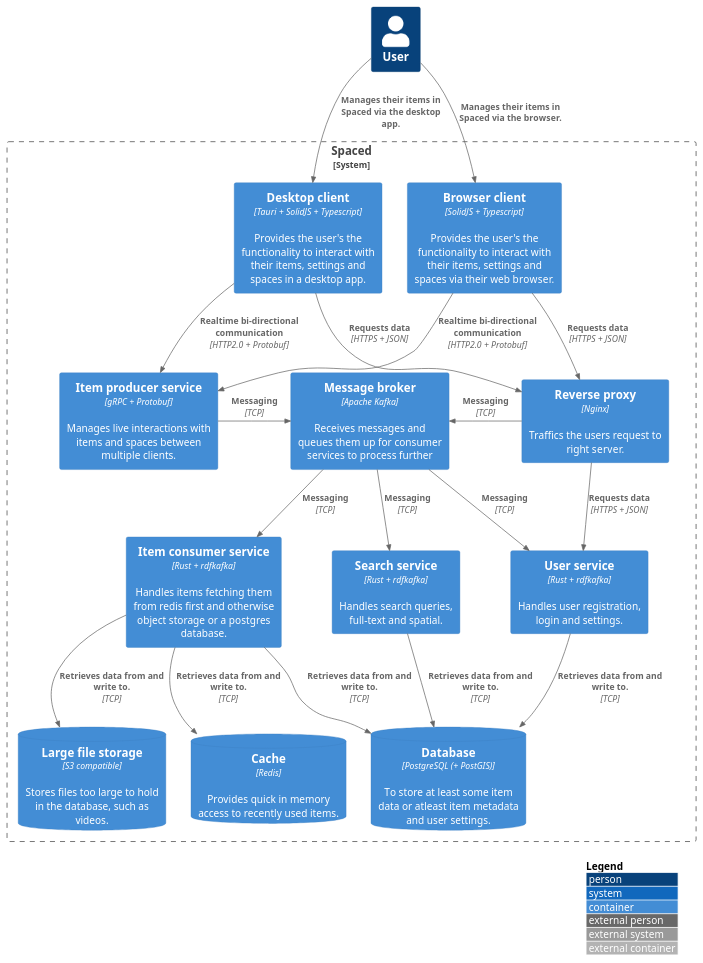
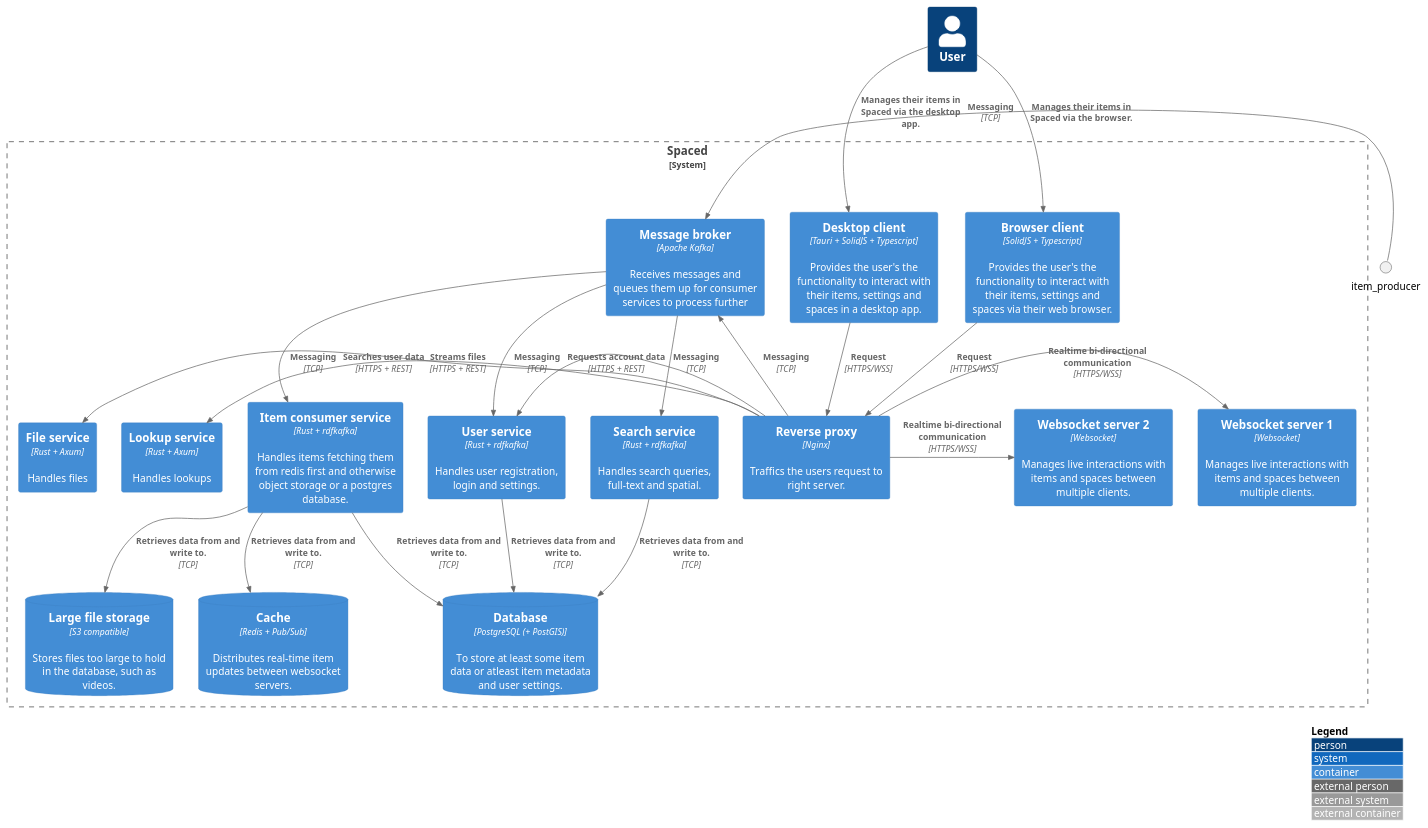
One commit to FHICT-S-Koen/Spaced changed the diagram in diagrams/C3-architecture.plantuml. Above: the diagram before and after it, drawn with PlantUML. The commit also changed 20 other files, not shown here.

```diff
--- a/diagrams/C3-architecture.plantuml
+++ b/diagrams/C3-architecture.plantuml
@@ -1,58 +1,72 @@
 @startuml C4_Elements
 !include https://raw.githubusercontent.com/plantuml-stdlib/C4-PlantUML/master/C4_Container.puml
 
 LAYOUT_WITH_LEGEND()
 
 Person(user, "User")
 
 System_Boundary(boundry, "Spaced"){
+  ' CLIENTS
+  Container(desktop_client, "Desktop client", "Tauri + SolidJS + Typescript", "Provides the user's the functionality to interact with their items, settings and spaces in a desktop app.")
+  Container(browser_client, "Browser client", "SolidJS + Typescript", "Provides the user's the functionality to interact with their items, settings and spaces via their web browser.")
 
-  Container(desktop_client, Desktop client, "Tauri + SolidJS + Typescript", "Provides the user's the functionality to interact with their items, settings and spaces in a desktop app.")
+  ' REVERSE PROXY
+  Container(reverse_proxy, "Reverse proxy", "Nginx", "Traffics the users request to right server.")
 
-  Container(browser_client, Browser client, "SolidJS + Typescript", "Provides the user's the functionality to interact with their items, settings and spaces via their web browser.")
+  ' WEBSOCKET SERVERS
+  Container(websocket_server_1, "Websocket server 1", "Websocket", "Manages live interactions with items and spaces between multiple clients.")
+  Container(websocket_server_2, "Websocket server 2", "Websocket", "Manages live interactions with items and spaces between multiple clients.")
+  ' REDIS
+  ContainerDb(cache, Cache, "Redis + Pub/Sub", "Distributes real-time item updates between websocket servers.")
 
-  Container(item_producer, Item producer service, "gRPC + Protobuf", "Manages live interactions with items and spaces between multiple clients.")
+  ' SERVICES
+  Container(file_service, "File service", "Rust + Axum", "Handles files")
+  Container(lookup_service, "Lookup service", "Rust + Axum", "Handles lookups")
+  Container(user_service, "User service", "Rust + Axum + Kafka client", "Handles user data")
 
-  Container(reverse_proxy, Reverse proxy, "Nginx", "Traffics the users request to right server.")
 
-  Container(message_broker, Message broker, "Apache Kafka", "Receives messages and queues them up for consumer services to process further")
+  Container(message_broker, "Message broker", "Apache Kafka", "Receives messages and queues them up for consumer services to process further")
 
-  Container(item_consumer, Item consumer service, "Rust + rdfkafka", "Handles items fetching them from redis first and otherwise object storage or a postgres database.")
+  Container(item_consumer, "Item consumer service", "Rust + rdfkafka", "Handles items fetching them from redis first and otherwise object storage or a postgres database.")
 
-  ContainerDb(cache, Cache, "Redis", "Provides quick in memory access to recently used items.")
+
 
   ContainerDb(object_storage, Large file storage, "S3 compatible", "Stores files too large to hold in the database, such as videos.")
 
   Container(user_service, User service, "Rust + rdfkafka", "Handles user registration, login and settings.")
 
   Container(search_service, Search service, "Rust + rdfkafka", "Handles search queries, full-text and spatial.")
 
 	ContainerDb(postgres, "Database", "PostgreSQL (+ PostGIS)", "To store at least some item data or atleast item metadata and user settings.")
 }
 
+' USER > CLIENTS
+Rel_D(user, browser_client, "Manages their items in Spaced via the browser.")
 Rel_D(user, desktop_client, "Manages their items in Spaced via the desktop app.")
 
-Rel_D(user, browser_client, "Manages their items in Spaced via the browser.")
+' CLIENT > REVERSE PROXY
+Rel_D(desktop_client, reverse_proxy, "Request", "HTTPS/WSS")
+Rel_D(browser_client, reverse_proxy, "Request", "HTTPS/WSS")
 
+' REVERSE PROXY > WEBSOCKETS
+Rel_R(reverse_proxy, websocket_server_1, "Realtime bi-directional communication", "HTTPS/WSS")
+Rel_R(reverse_proxy, websocket_server_2, "Realtime bi-directional communication", "HTTPS/WSS")
+' REVERSE PROXY > SERVICES
+Rel_L(reverse_proxy, file_service, "Streams files", "HTTPS + REST")
+Rel_L(reverse_proxy, lookup_service, "Searches user data", "HTTPS + REST")
+Rel_L(reverse_proxy, user_service, "Requests account data", "HTTPS + REST")
 
-Rel_D(desktop_client, item_producer, "Realtime bi-directional communication", "HTTP2.0 + Protobuf")
-Rel_D(browser_client, item_producer, "Realtime bi-directional communication", "HTTP2.0 + Protobuf")
-
-Rel_D(desktop_client, reverse_proxy, "Requests data", "HTTPS + JSON")
-Rel_D(browser_client, reverse_proxy, "Requests data", "HTTPS + JSON")
-
-Rel_D(reverse_proxy, user_service, "Requests data", "HTTPS + JSON")
 
 Rel_R(item_producer, message_broker, "Messaging", "TCP")
 Rel_L(reverse_proxy, message_broker, "Messaging", "TCP")
 
 Rel_D(message_broker, item_consumer, "Messaging", "TCP")
 Rel_D(message_broker, user_service, "Messaging", "TCP")
 Rel_D(message_broker, search_service, "Messaging", "TCP")
 
 Rel_D(item_consumer, postgres, "Retrieves data from and write to.", "TCP")
 Rel_D(item_consumer, cache, "Retrieves data from and write to.", "TCP")
 Rel_D(item_consumer, object_storage, "Retrieves data from and write to.", "TCP")
 Rel_D(user_service, postgres, "Retrieves data from and write to.", "TCP")
 Rel_D(search_service, postgres, "Retrieves data from and write to.", "TCP")
 @enduml
```
